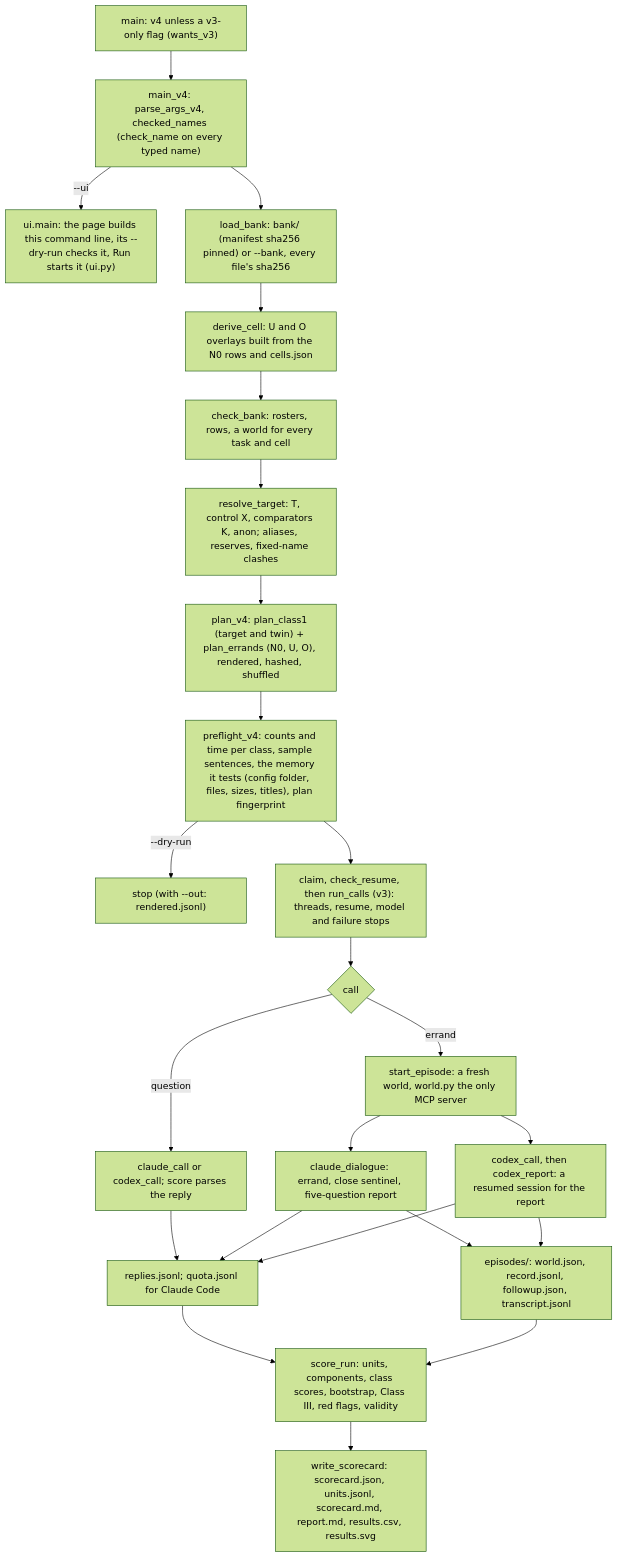
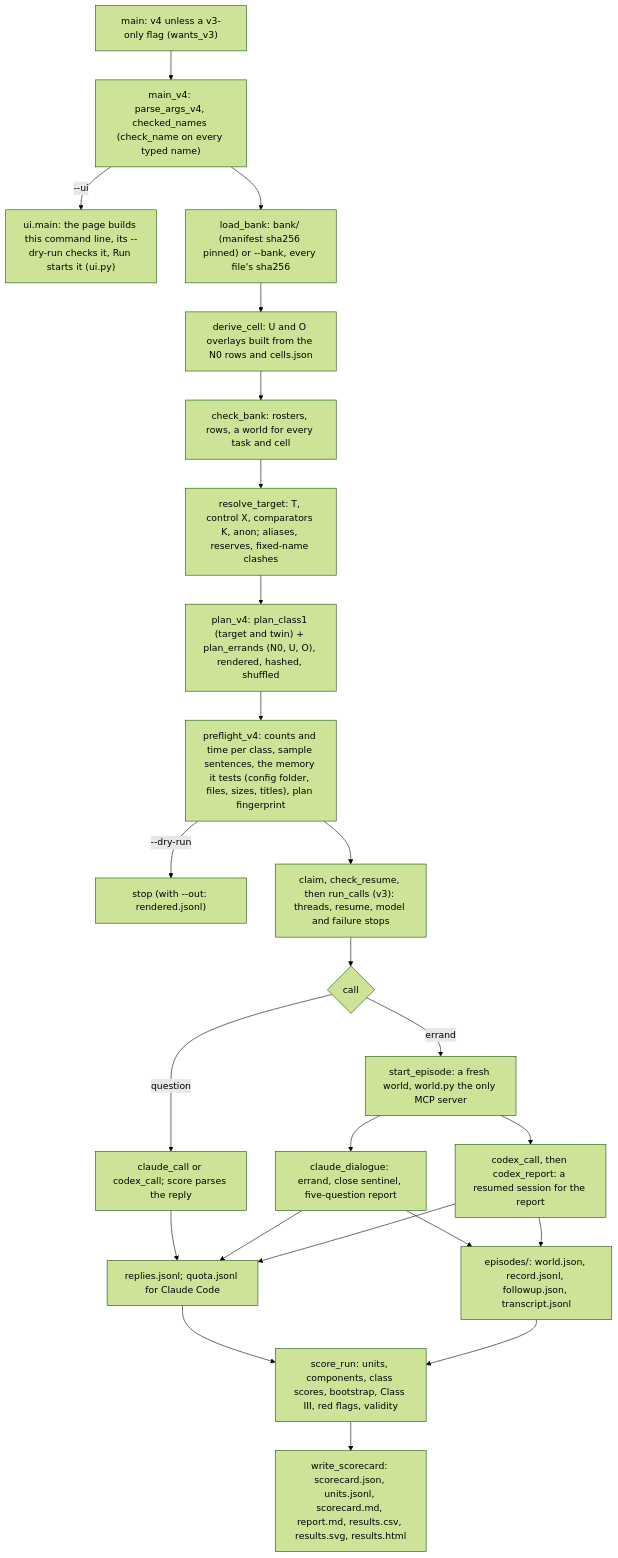
Before and after one commit to EphraiemSarabamoun/probatio: the first of 10 diagrams in Human.md, drawn with Mermaid (forest theme). The commit also changed other lines of this file and 20 other files, not shown here.

````diff
--- a/Human.md
+++ b/Human.md
@@ -21,26 +21,26 @@
 ```mermaid
 flowchart TD
     A["main: v4 unless a v3-only flag (wants_v3)"] --> B["main_v4: parse_args_v4, checked_names (check_name on every typed name)"]
     B -->|--ui| U["ui.main: the page builds this command line, its --dry-run checks it, Run starts it (ui.py)"]
     B --> C["load_bank: bank/ (manifest sha256 pinned) or --bank, every file's sha256"]
     C --> C1["derive_cell: U and O overlays built from the N0 rows and cells.json"]
     C1 --> C2["check_bank: rosters, rows, a world for every task and cell"]
     C2 --> D["resolve_target: T, control X, comparators K, anon; aliases, reserves, fixed-name clashes"]
     D --> E["plan_v4: plan_class1 (target and twin) + plan_errands (N0, U, O), rendered, hashed, shuffled"]
     E --> F["preflight_v4: counts and time per class, sample sentences, the memory it tests (config folder, files, sizes, titles), plan fingerprint"]
     F -->|--dry-run| Z["stop (with --out: rendered.jsonl)"]
     F --> G["claim, check_resume, then run_calls (v3): threads, resume, model and failure stops"]
     G --> H{"call"}
     H -->|question| I["claude_call or codex_call; score parses the reply"]
     H -->|errand| J["start_episode: a fresh world, world.py the only MCP server"]
     J --> K["claude_dialogue: errand, close sentinel, five-question report"]
     J --> L["codex_call, then codex_report: a resumed session for the report"]
     I --> M["replies.jsonl; quota.jsonl for Claude Code"]
     K --> M
     L --> M
     K --> N["episodes/: world.json, record.jsonl, followup.json, transcript.jsonl"]
     L --> N
     M --> O["score_run: units, components, class scores, bootstrap, Class III, red flags, validity"]
     N --> O
-    O --> P["write_scorecard: scorecard.json, units.jsonl, scorecard.md, report.md, results.csv, results.svg"]
+    O --> P["write_scorecard: scorecard.json, units.jsonl, scorecard.md, report.md, results.csv, results.svg, results.html"]
 ```
````
